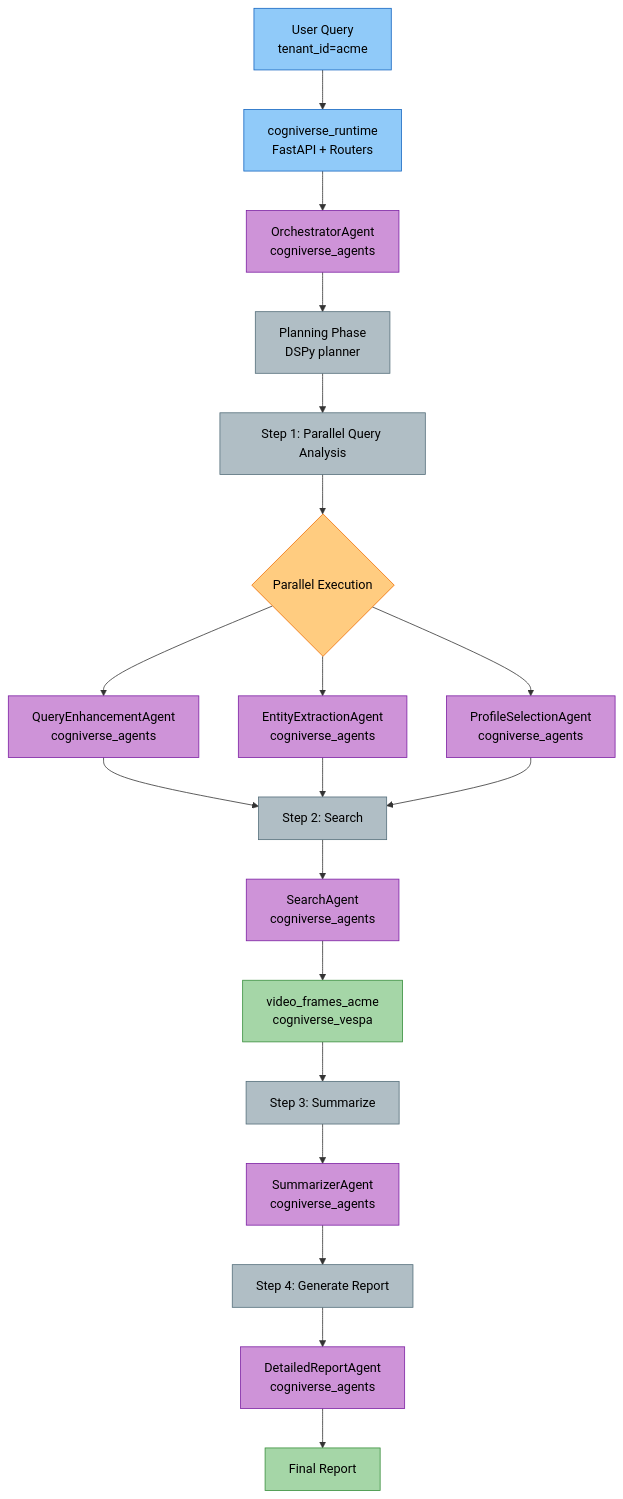
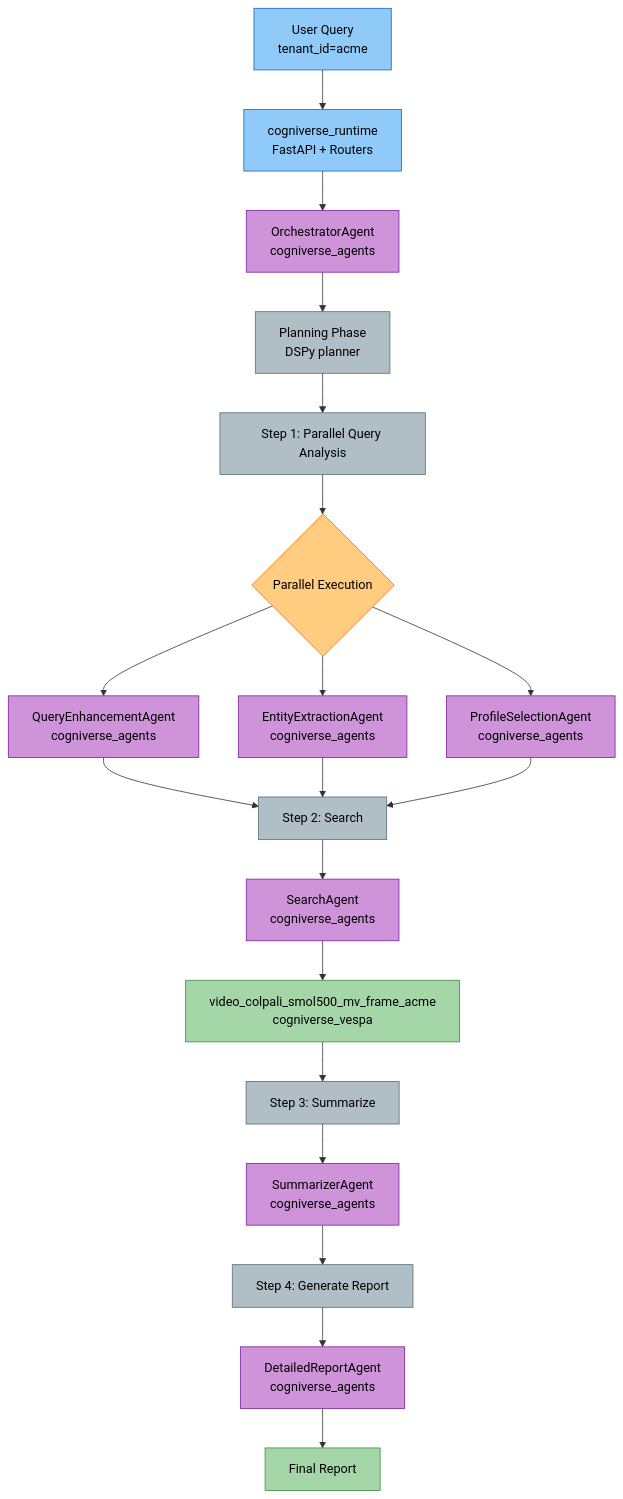
Before and after one commit to amit-jain/cogniverse: the sixth of 25 diagrams in docs/architecture/system-flows.md, drawn with Mermaid. The commit also changed other lines of this file and 7 other files, not shown here.

First line of the commit message:
Document all 23 agents and convert diagrams to mermaid

````diff
--- a/docs/architecture/system-flows.md
+++ b/docs/architecture/system-flows.md
@@ -195,46 +335,46 @@
 ```mermaid
 flowchart TB
     Start[<span style='color:#000'>User Query<br/>tenant_id=acme</span>] --> Runtime[<span style='color:#000'>cogniverse_runtime<br/>FastAPI + Routers</span>]
 
     Runtime --> Orchestrator[<span style='color:#000'>OrchestratorAgent<br/>cogniverse_agents</span>]
 
     Orchestrator --> T1[<span style='color:#000'>Planning Phase<br/>DSPy planner</span>]
 
     T1 --> T2[<span style='color:#000'>Step 1: Parallel Query Analysis</span>]
     T2 --> ParallelBlock{<span style='color:#000'>Parallel Execution</span>}
     ParallelBlock --> QEnh[<span style='color:#000'>QueryEnhancementAgent<br/>cogniverse_agents</span>]
     ParallelBlock --> Entity[<span style='color:#000'>EntityExtractionAgent<br/>cogniverse_agents</span>]
     ParallelBlock --> Profile[<span style='color:#000'>ProfileSelectionAgent<br/>cogniverse_agents</span>]
 
     QEnh --> T3[<span style='color:#000'>Step 2: Search</span>]
     Entity --> T3
     Profile --> T3
 
     T3 --> Search[<span style='color:#000'>SearchAgent<br/>cogniverse_agents</span>]
-    Search --> VespaV[<span style='color:#000'>video_frames_acme<br/>cogniverse_vespa</span>]
+    Search --> VespaV[<span style='color:#000'>video_colpali_smol500_mv_frame_acme<br/>cogniverse_vespa</span>]
 
     VespaV --> T4[<span style='color:#000'>Step 3: Summarize</span>]
     T4 --> Summarizer[<span style='color:#000'>SummarizerAgent<br/>cogniverse_agents</span>]
     Summarizer --> T5[<span style='color:#000'>Step 4: Generate Report</span>]
 
     T5 --> Reporter[<span style='color:#000'>DetailedReportAgent<br/>cogniverse_agents</span>]
     Reporter --> Result[<span style='color:#000'>Final Report</span>]
 
     style Start fill:#90caf9,stroke:#1565c0,color:#000
     style Runtime fill:#90caf9,stroke:#1565c0,color:#000
     style Orchestrator fill:#ce93d8,stroke:#7b1fa2,color:#000
     style T1 fill:#b0bec5,stroke:#546e7a,color:#000
     style T2 fill:#b0bec5,stroke:#546e7a,color:#000
     style T3 fill:#b0bec5,stroke:#546e7a,color:#000
     style T4 fill:#b0bec5,stroke:#546e7a,color:#000
     style T5 fill:#b0bec5,stroke:#546e7a,color:#000
     style ParallelBlock fill:#ffcc80,stroke:#ef6c00,color:#000
     style QEnh fill:#ce93d8,stroke:#7b1fa2,color:#000
     style Entity fill:#ce93d8,stroke:#7b1fa2,color:#000
     style Profile fill:#ce93d8,stroke:#7b1fa2,color:#000
     style Search fill:#ce93d8,stroke:#7b1fa2,color:#000
     style VespaV fill:#a5d6a7,stroke:#388e3c,color:#000
     style Summarizer fill:#ce93d8,stroke:#7b1fa2,color:#000
     style Reporter fill:#ce93d8,stroke:#7b1fa2,color:#000
     style Result fill:#a5d6a7,stroke:#388e3c,color:#000
 ```
````
